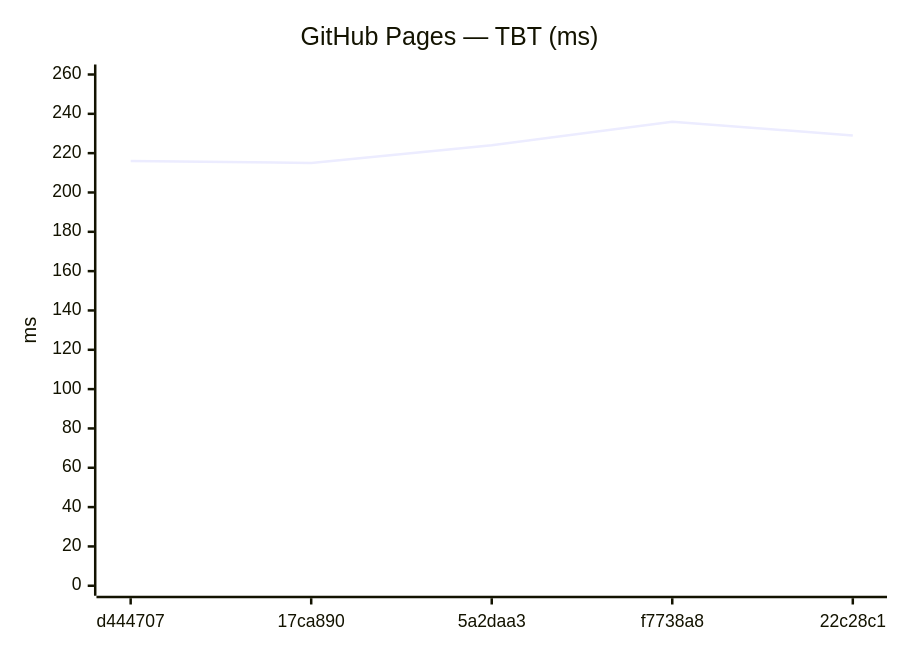
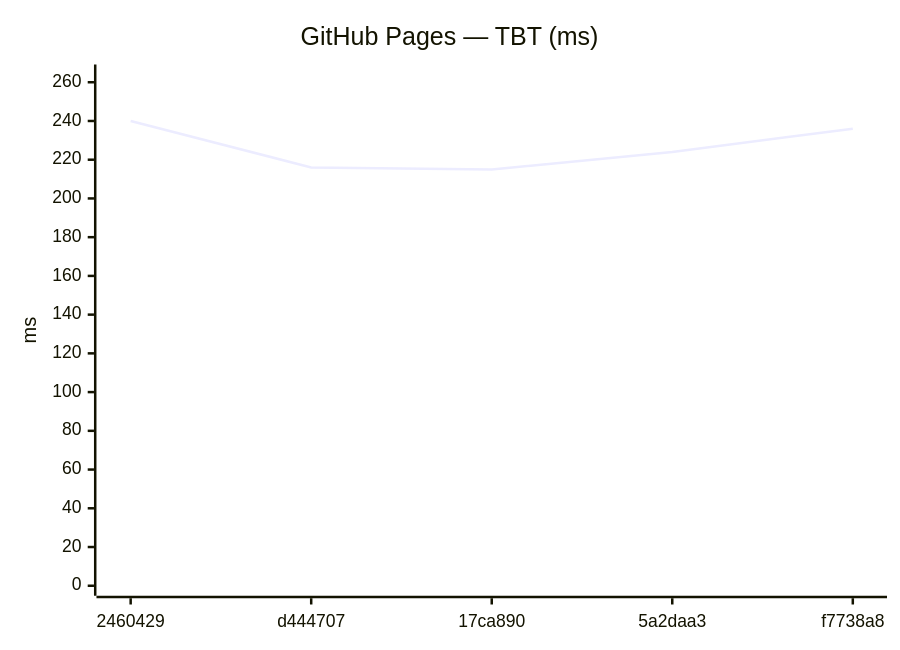
Before and after one commit to Metaheurist/Rianell: the tenth of 18 diagrams in benchmarks/compare.md, drawn with Mermaid. The commit also changed other lines of this file and 11 other files, not shown here.

````diff
--- a/benchmarks/compare.md
+++ b/benchmarks/compare.md
@@ -149,7 +149,7 @@
 ```mermaid
 xychart-beta
     title "GitHub Pages — TBT (ms)"
-    x-axis ["d444707", "17ca890", "5a2daa3", "f7738a8", "22c28c1"]
-    y-axis "ms" 0 --> 260
-    line [216, 215, 224, 236, 229]
+    x-axis ["2460429", "d444707", "17ca890", "5a2daa3", "f7738a8"]
+    y-axis "ms" 0 --> 264
+    line [240, 216, 215, 224, 236]
 ```
````
